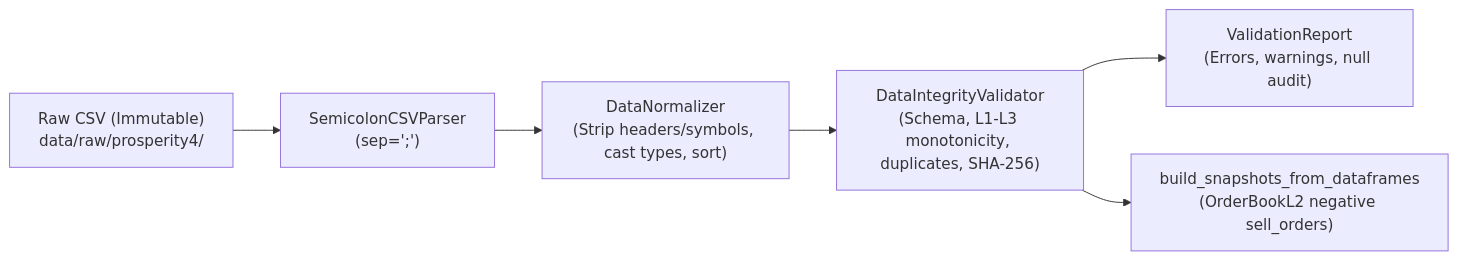
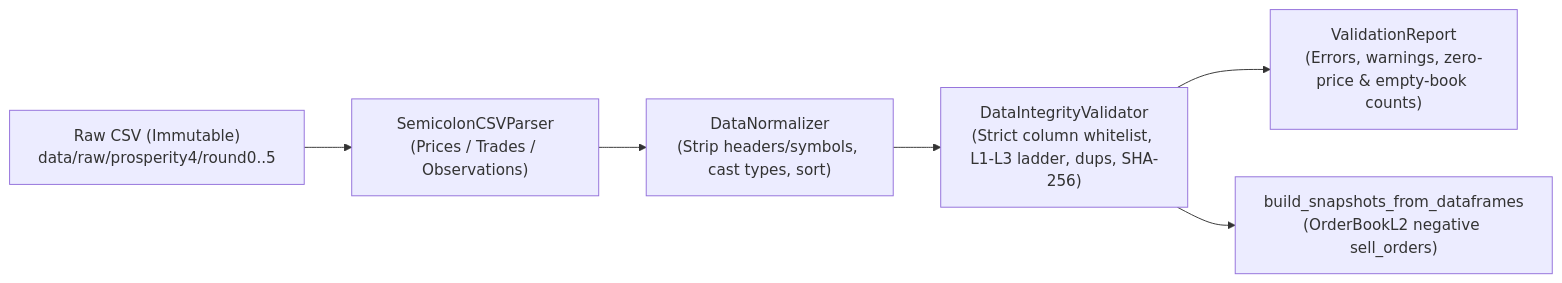
Before and after one commit to PerriPerriSauce/imc-prosperity-4-toolkit-writeup: the diagram in docs/architecture/data_pipeline.md, drawn with Mermaid. The commit also changed other lines of this file and 104 other files, not shown here.

````diff
--- a/docs/architecture/data_pipeline.md
+++ b/docs/architecture/data_pipeline.md
@@ -15,8 +16,8 @@
 ```mermaid
 flowchart LR
-    Raw["Raw CSV (Immutable)<br/>data/raw/prosperity4/"] --> Parse["SemicolonCSVParser<br/>(sep=';')"]
+    Raw["Raw CSV (Immutable)<br/>data/raw/prosperity4/round0..5"] --> Parse["SemicolonCSVParser<br/>(Prices / Trades / Observations)"]
     Parse --> Norm["DataNormalizer<br/>(Strip headers/symbols, cast types, sort)"]
-    Norm --> Val["DataIntegrityValidator<br/>(Schema, L1-L3 monotonicity, duplicates, SHA-256)"]
-    Val --> Report["ValidationReport<br/>(Errors, warnings, null audit)"]
+    Norm --> Val["DataIntegrityValidator<br/>(Strict column whitelist, L1-L3 ladder, dups, SHA-256)"]
+    Val --> Report["ValidationReport<br/>(Errors, warnings, zero-price & empty-book counts)"]
     Val --> Snap["build_snapshots_from_dataframes<br/>(OrderBookL2 negative sell_orders)"]
 ```
````
